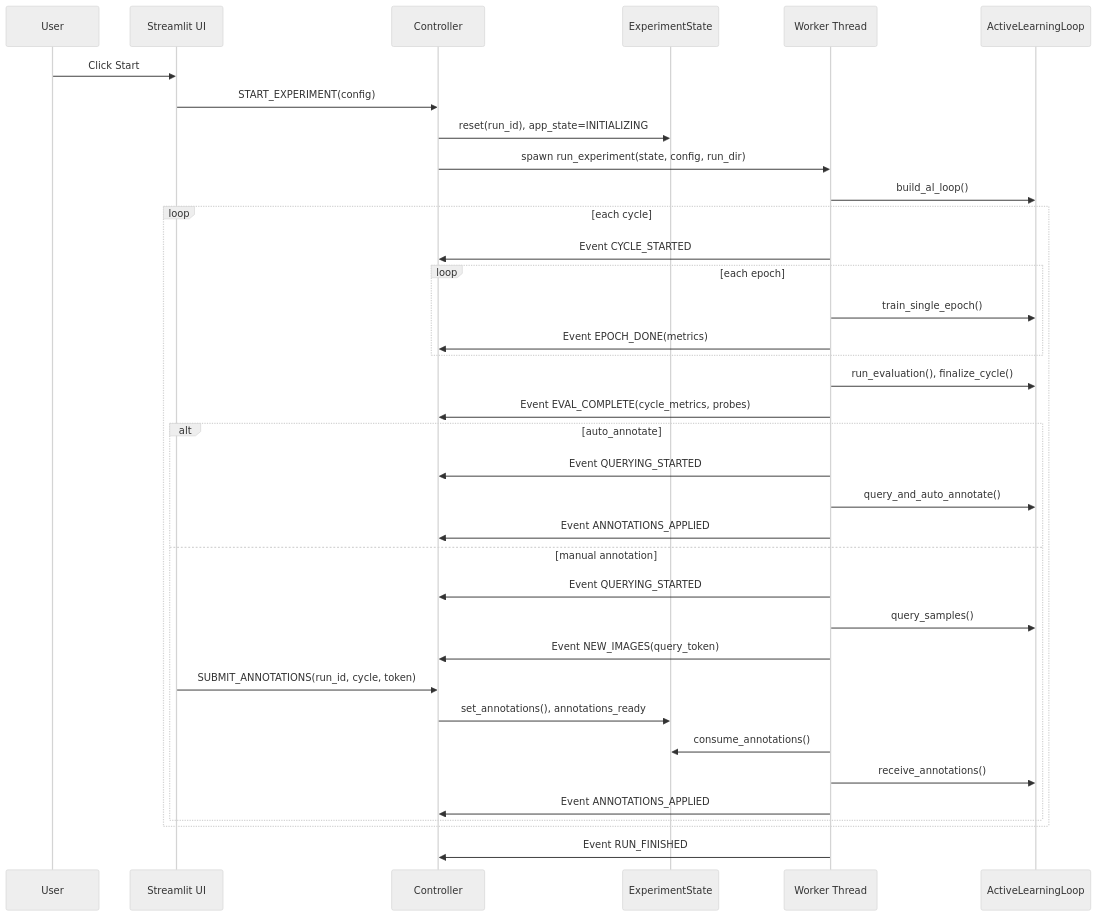
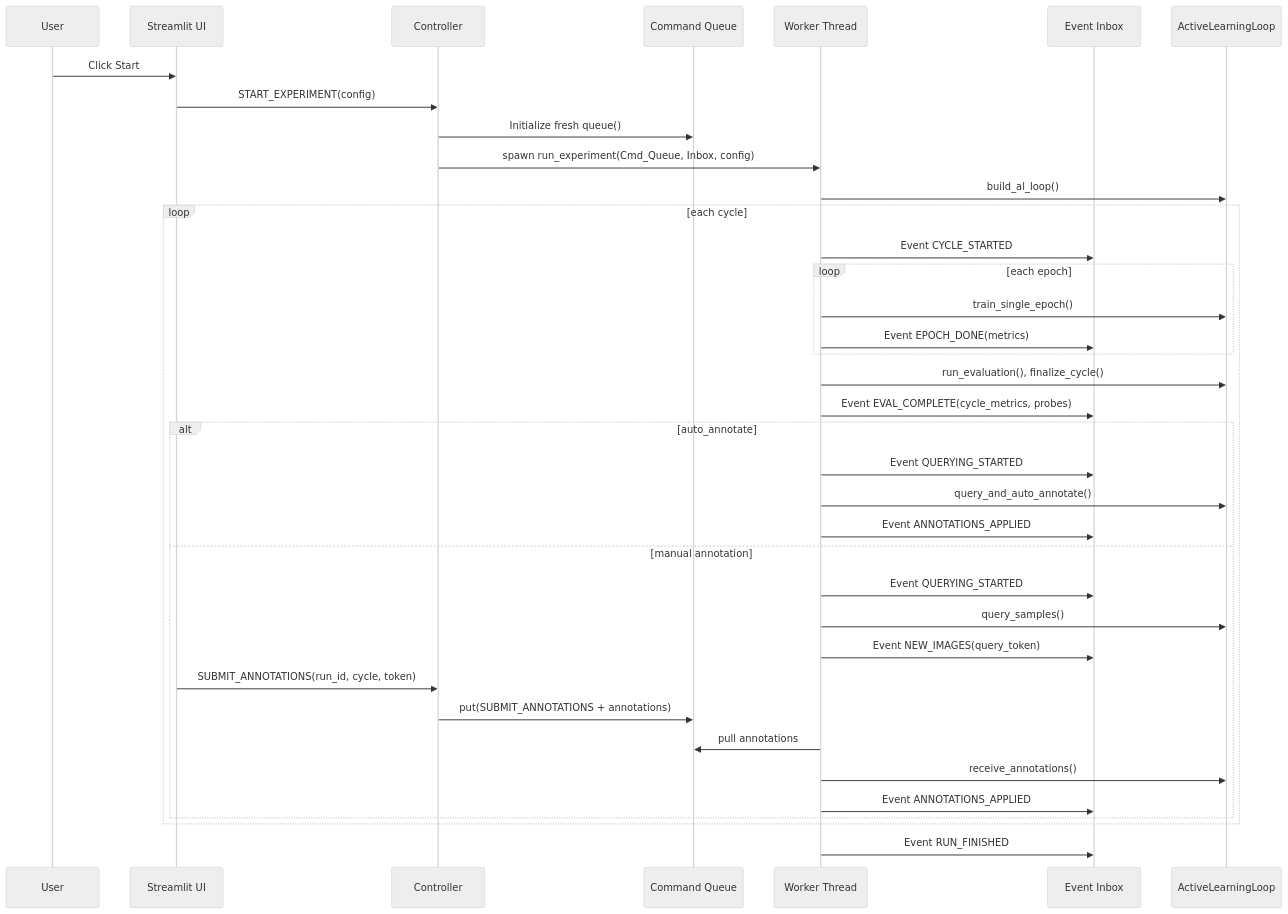
Before and after one commit to Amrf51/active_learning: the diagram in ARCHITECTURE_MAP.md, drawn with Mermaid (neutral theme). The commit also changed other lines of this file and 1 other file, not shown here.

````diff
--- a/ARCHITECTURE_MAP.md
+++ b/ARCHITECTURE_MAP.md
@@ -424,40 +494,41 @@
 ```mermaid
 sequenceDiagram
     participant U as User
     participant UI as Streamlit UI
     participant C as Controller
-    participant S as ExperimentState
+    participant Cmd_Queue as Command Queue
     participant W as Worker Thread
+    participant Inbox as Event Inbox
     participant AL as ActiveLearningLoop
 
     U->>UI: Click Start
     UI->>C: START_EXPERIMENT(config)
-    C->>S: reset(run_id), app_state=INITIALIZING
-    C->>W: spawn run_experiment(state, config, run_dir)
+    C->>Cmd_Queue: Initialize fresh queue()
+    C->>W: spawn run_experiment(Cmd_Queue, Inbox, config)
 
     W->>AL: build_al_loop()
     loop each cycle
-        W->>C: Event CYCLE_STARTED
+        W->>Inbox: Event CYCLE_STARTED
         loop each epoch
             W->>AL: train_single_epoch()
-            W->>C: Event EPOCH_DONE(metrics)
+            W->>Inbox: Event EPOCH_DONE(metrics)
         end
         W->>AL: run_evaluation(), finalize_cycle()
-        W->>C: Event EVAL_COMPLETE(cycle_metrics, probes)
+        W->>Inbox: Event EVAL_COMPLETE(cycle_metrics, probes)
         alt auto_annotate
-            W->>C: Event QUERYING_STARTED
+            W->>Inbox: Event QUERYING_STARTED
             W->>AL: query_and_auto_annotate()
-            W->>C: Event ANNOTATIONS_APPLIED
+            W->>Inbox: Event ANNOTATIONS_APPLIED
         else manual annotation
-            W->>C: Event QUERYING_STARTED
+            W->>Inbox: Event QUERYING_STARTED
             W->>AL: query_samples()
-            W->>C: Event NEW_IMAGES(query_token)
+            W->>Inbox: Event NEW_IMAGES(query_token)
             UI->>C: SUBMIT_ANNOTATIONS(run_id, cycle, token)
-            C->>S: set_annotations(), annotations_ready
-            W->>S: consume_annotations()
+            C->>Cmd_Queue: put(SUBMIT_ANNOTATIONS + annotations)
+            W->>Cmd_Queue: pull annotations
             W->>AL: receive_annotations()
-            W->>C: Event ANNOTATIONS_APPLIED
+            W->>Inbox: Event ANNOTATIONS_APPLIED
         end
     end
-    W->>C: Event RUN_FINISHED
+    W->>Inbox: Event RUN_FINISHED
 ```
````
